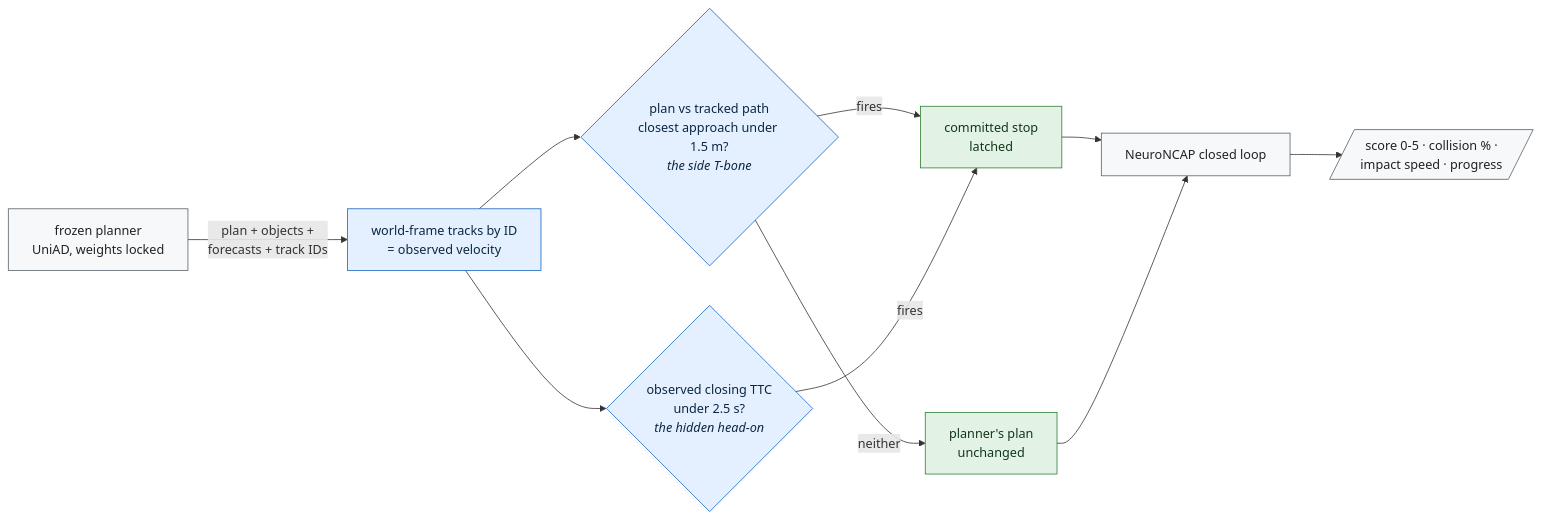
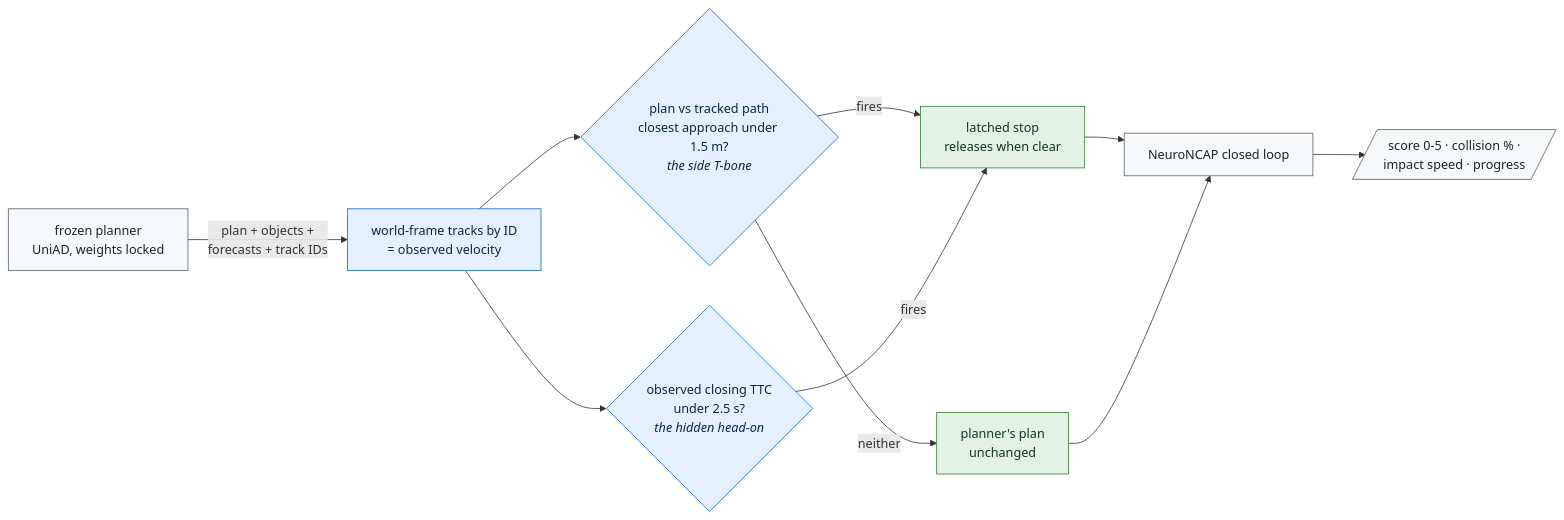
One commit to manfromnowhere143/sentinel changed the second of 3 diagrams in README.md. Above: the diagram before and after it, drawn with Mermaid. The commit also changed other lines of this file and 2 other files, not shown here.

````diff
--- a/README.md
+++ b/README.md
@@ -97,18 +111,18 @@
 ```mermaid
 flowchart LR
   P["frozen planner<br/>UniAD, weights locked"] -- "plan + objects +<br/>forecasts + track IDs" --> A
   A["world-frame tracks by ID<br/>= observed velocity"] --> C{"plan vs tracked path<br/>closest approach under 1.5 m?<br/><i>the side T-bone</i>"}
   A --> T{"observed closing TTC<br/>under 2.5 s?<br/><i>the hidden head-on</i>"}
-  C -- fires --> B["committed stop<br/>latched"]
+  C -- fires --> B["latched stop<br/>releases when clear"]
   T -- fires --> B
   C -- neither --> E["planner's plan<br/>unchanged"]
   B --> S["NeuroNCAP closed loop"]
   E --> S
   S --> R[/"score 0-5 · collision % ·<br/>impact speed · progress"/]
   classDef mon fill:#e4f0ff,stroke:#1565c0,color:#0c2742;
   classDef act fill:#e2f3e5,stroke:#2e7d32,color:#13361b;
   classDef base fill:#f6f8fa,stroke:#57606a,color:#1f2328;
   class A,C,T mon;
   class B,E act;
   class P,S,R base;
 ```
````
